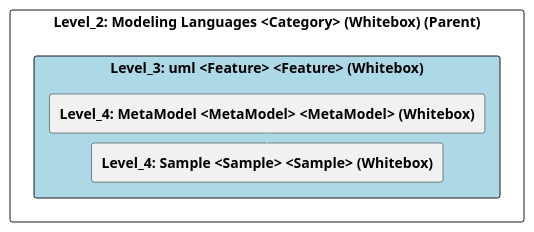
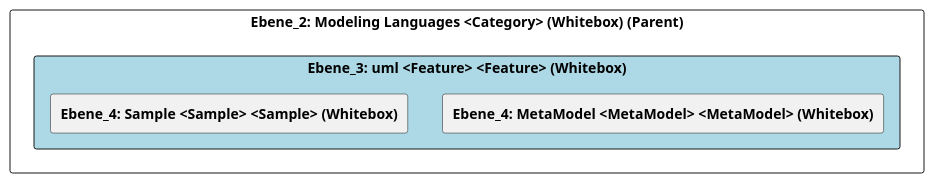
Before and after one commit to marcozwyssig/cleon: the diagram in doc/cleonproject_deliverables_architecture_model_architecture/adoc/de/05_bausteinsicht/cleon/modeling_languages/uml/ebene_3_uml.adoc, drawn with PlantUML. The commit also changed other lines of this file and 150 other files, not shown here.

```diff
--- a/doc/cleonproject_deliverables_architecture_model_architecture/adoc/de/05_bausteinsicht/cleon/modeling_languages/uml/ebene_3_uml.adoc
+++ b/doc/cleonproject_deliverables_architecture_model_architecture/adoc/de/05_bausteinsicht/cleon/modeling_languages/uml/ebene_3_uml.adoc
@@ -20,28 +20,25 @@
-[plantuml, Level_3: uml <Feature> <Feature> (Whitebox)BlockOverview, format="svg"]
+[plantuml, Ebene_3: uml <Feature> <Feature> (Whitebox)BlockOverview, format="svg"]
 ----
-@startuml Level_3: uml <Feature> <Feature> (Whitebox)BuildingBlockOverview
+@startuml Ebene_3: uml <Feature> <Feature> (Whitebox)BuildingBlockOverview
 
 skinparam ranksep 10
 skinparam componentStyle rectangle
 skinparam shadowing false
 skinparam arrowColor lightblue
 skinparam arrowThickness 1.2
 skinparam rectangle {
   BackgroundColor White
   BorderColor #333
   RoundCorner 10
 }
 top to bottom direction
 
-component "Level_2: Modeling Languages <Category> (Whitebox) (Parent)" {
-    component "Level_3: uml <Feature> <Feature> (Whitebox)" #lightblue {
-        [**Level_4: MetaModel <MetaModel> <MetaModel> (Whitebox)**] as 4A56DE3E_D579_11EE_903E_9F564E4DE07E
-        [**Level_4: Sample <Sample> <Sample> (Whitebox)**] as 5CCD92AB_DE54_11EF_81C7_3391F050ADDB
+component "Ebene_2: Modeling Languages <Category> (Whitebox) (Parent)" {
+    component "Ebene_3: uml <Feature> <Feature> (Whitebox)" #lightblue {
+        [**Ebene_4: MetaModel <MetaModel> <MetaModel> (Whitebox)**] as 4A56DE3E_D579_11EE_903E_9F564E4DE07E
+        [**Ebene_4: Sample <Sample> <Sample> (Whitebox)**] as 5CCD92AB_DE54_11EF_81C7_3391F050ADDB
     }
-
-    4A56DE3E_D579_11EE_903E_9F564E4DE07E -down-> 5CCD92AB_DE54_11EF_81C7_3391F050ADDB
-    
 }
 
 @enduml
 ----
```
